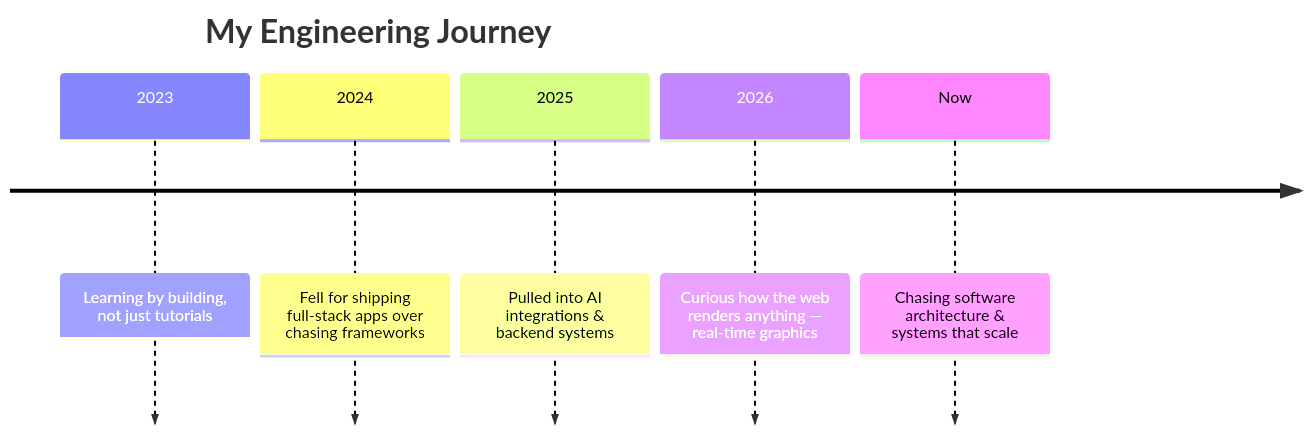
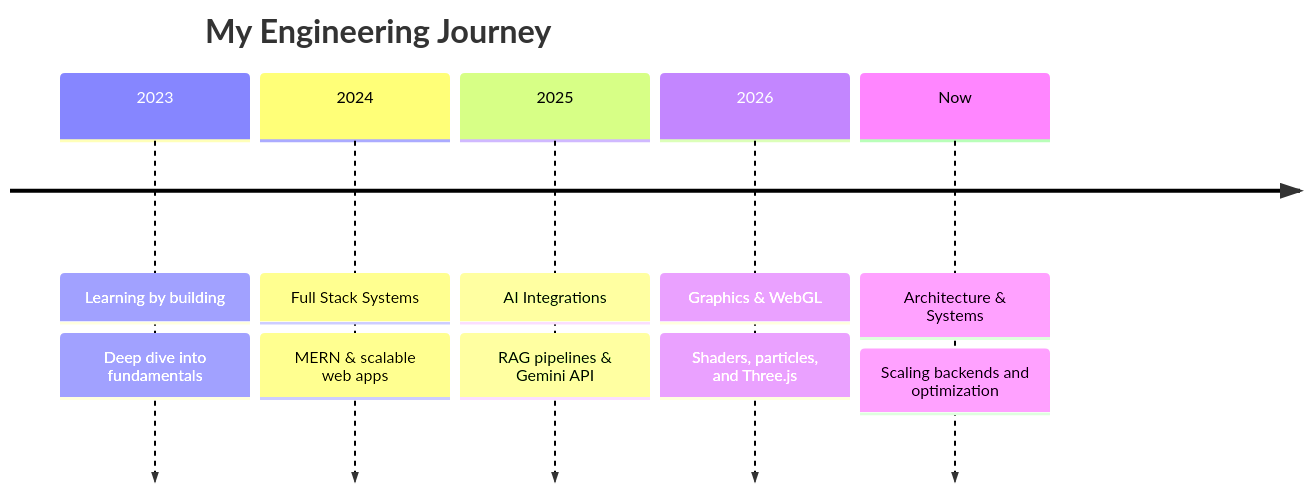
Before and after one commit to Harshit07ank/Harshit07ank: the second of 2 diagrams in README.md, drawn with Mermaid. The commit also changed other lines of this file and 8 other files, not shown here.

Commit message:
Scratch rebuild: Sunset theme, custom hero SVG, Mermaid system architecture, and deleted user SVGs

````diff
--- a/README.md
+++ b/README.md
@@ -79,9 +101,9 @@
 ```mermaid
 timeline
     title My Engineering Journey
-    2023 : Learning by building, not just tutorials
-    2024 : Fell for shipping full-stack apps over chasing frameworks
-    2025 : Pulled into AI integrations & backend systems
-    2026 : Curious how the web renders anything — real-time graphics
-    Now  : Chasing software architecture & systems that scale
+    2023 : Learning by building : Deep dive into fundamentals
+    2024 : Full Stack Systems : MERN & scalable web apps
+    2025 : AI Integrations : RAG pipelines & Gemini API
+    2026 : Graphics & WebGL : Shaders, particles, and Three.js
+    Now : Architecture & Systems : Scaling backends and optimization
 ```
````
